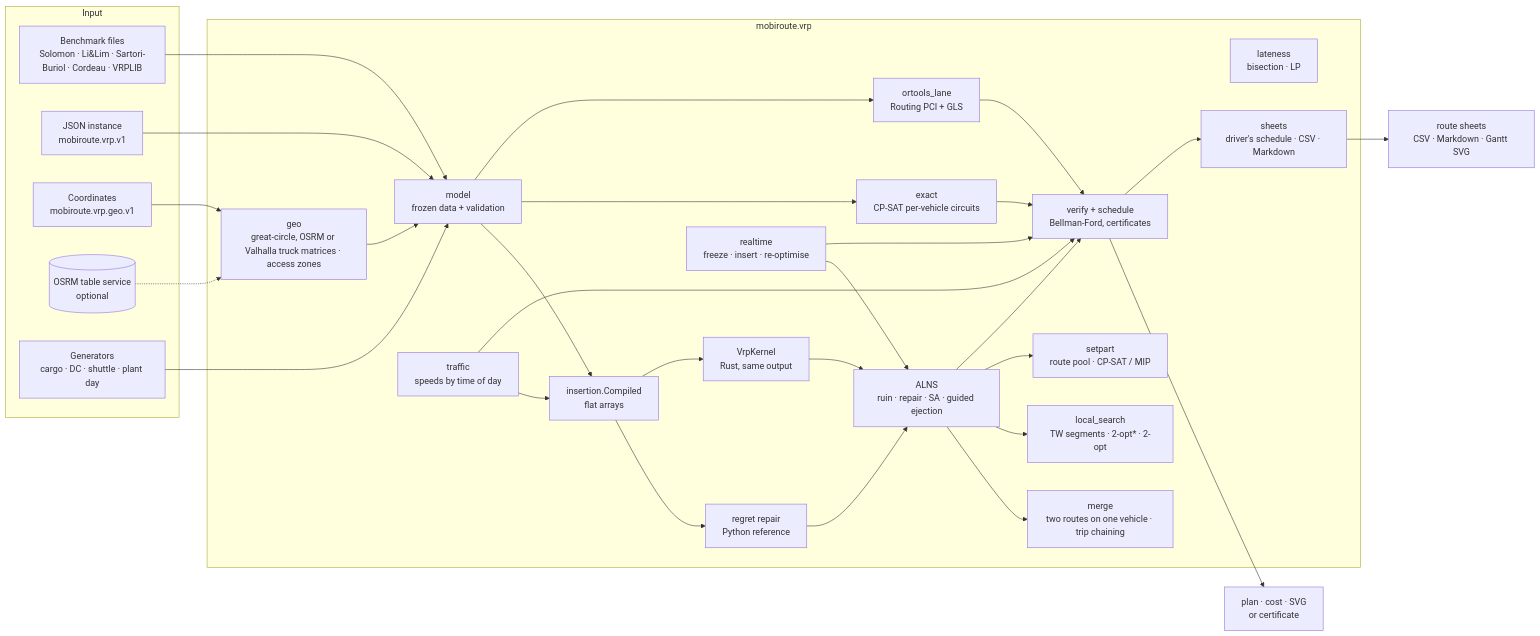
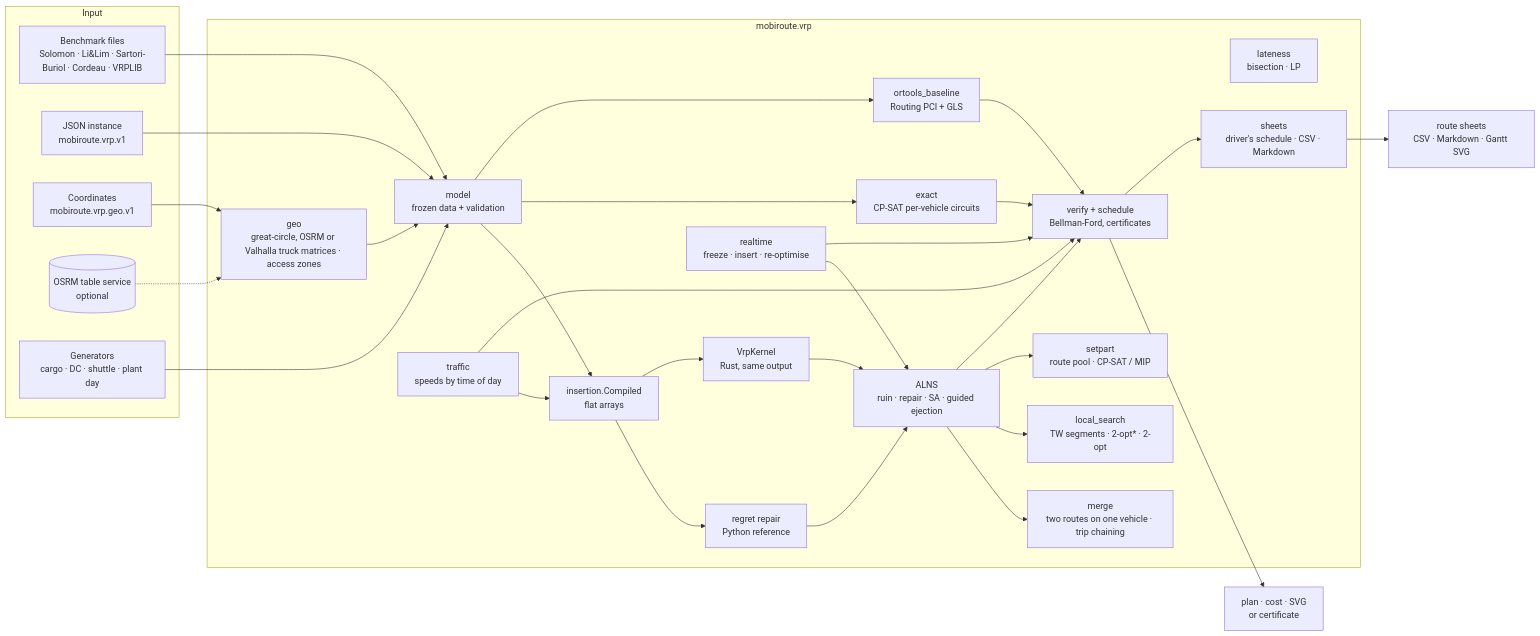
One commit to KonkovDV/SynAPS-MobiRoute changed the diagram in docs/architecture.md. Above: the diagram before and after it, drawn with Mermaid. The commit also changed other lines of this file and 15 other files, not shown here.

````diff
--- a/docs/architecture.md
+++ b/docs/architecture.md
@@ -3,52 +3,52 @@
 ```mermaid
 flowchart LR
   subgraph input[Input]
     B[Benchmark files<br/>Solomon · Li&Lim · Sartori-Buriol · Cordeau · VRPLIB]
     J[JSON instance<br/>mobiroute.vrp.v1]
     GEO[Coordinates<br/>mobiroute.vrp.geo.v1]
     OSRM[(OSRM table service<br/>optional)]
     G[Generators<br/>cargo · DC · shuttle · plant day]
   end
   subgraph vrp[mobiroute.vrp]
     M[model<br/>frozen data + validation]
     C[insertion.Compiled<br/>flat arrays]
     R[regret repair<br/>Python reference]
     K[VrpKernel<br/>Rust, same output]
     A[ALNS<br/>ruin · repair · SA · guided ejection]
     MG[merge<br/>two routes on one vehicle · trip chaining]
     LS[local_search<br/>TW segments · 2-opt* · 2-opt]
     SP[setpart<br/>route pool · CP-SAT / MIP]
     TR[traffic<br/>speeds by time of day]
     X[exact<br/>CP-SAT per-vehicle circuits]
-    O[ortools_lane<br/>Routing PCI + GLS]
+    O[ortools_baseline<br/>Routing PCI + GLS]
     L[lateness<br/>bisection · LP]
     T[realtime<br/>freeze · insert · re-optimise]
     V[verify + schedule<br/>Bellman-Ford, certificates]
     GM[geo<br/>great-circle, OSRM or Valhalla truck matrices · access zones]
     SH[sheets<br/>driver's schedule · CSV · Markdown]
   end
   B --> M
   J --> M
   G --> M
   GEO --> GM
   OSRM -.-> GM
   GM --> M
   M --> C --> R
   C --> K
   R --> A
   K --> A
   A --> MG
   A --> LS
   A --> SP
   TR --> C
   TR --> V
   M --> X
   M --> O
   A --> V
   X --> V
   O --> V
   T --> A
   T --> V
   V --> OUT[plan · cost · SVG<br/>or certificate]
   V --> SH --> SHEETS[route sheets<br/>CSV · Markdown · Gantt SVG]
 ```
````
